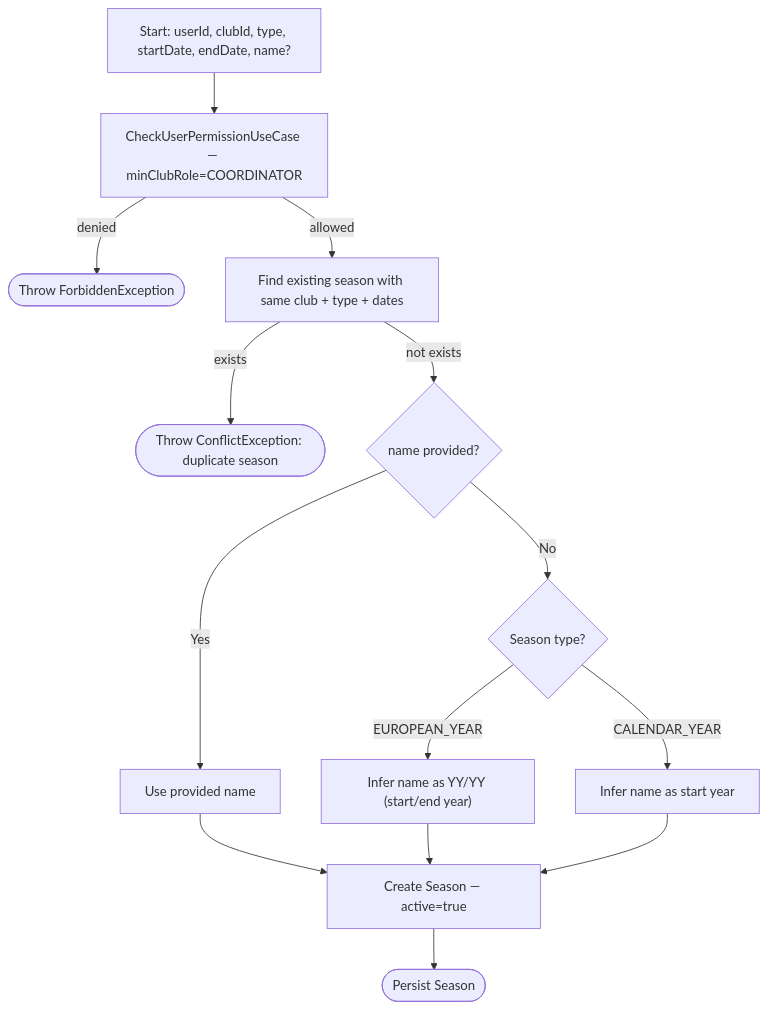
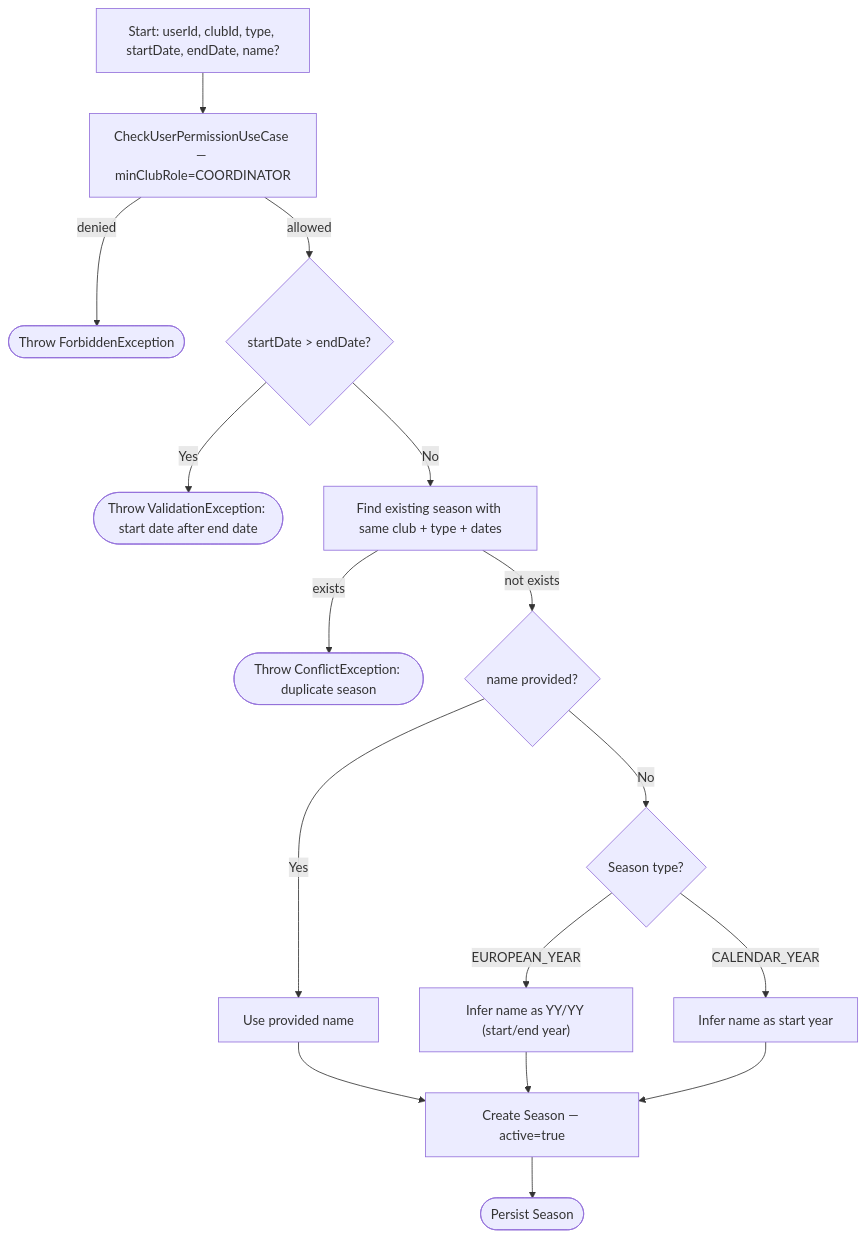
One commit to ricardofrango/squadify changed diagram 14 of 36 in PROCESS_FLOWS.md. Above: the diagram before and after it, drawn with Mermaid. The commit also changed other lines of this file and 9 other files, not shown here.

````diff
--- a/PROCESS_FLOWS.md
+++ b/PROCESS_FLOWS.md
@@ -265,16 +265,18 @@
 ```mermaid
 graph TD
     A[Start: userId, clubId, type, startDate, endDate, name?] --> B[CheckUserPermissionUseCase — minClubRole=COORDINATOR]
     B -- denied --> F(["Throw ForbiddenException"])
-    B -- allowed --> C[Find existing season with same club + type + dates]
+    B -- allowed --> V{startDate > endDate?}
+    V -- Yes --> VN(["Throw ValidationException: start date after end date"])
+    V -- No --> C[Find existing season with same club + type + dates]
     C -- exists --> CN(["Throw ConflictException: duplicate season"])
     C -- not exists --> D{name provided?}
     D -- Yes --> H[Use provided name]
     D -- No --> E{Season type?}
     E -- EUROPEAN_YEAR --> E1["Infer name as YY/YY (start/end year)"]
     E -- CALENDAR_YEAR --> E2[Infer name as start year]
     H --> I[Create Season — active=true]
     E1 --> I
     E2 --> I
     I --> Z(["Persist Season"])
 ```
````
